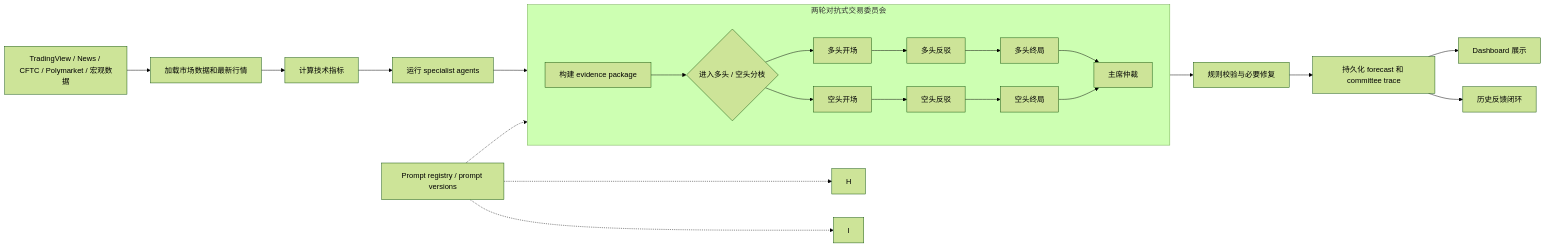
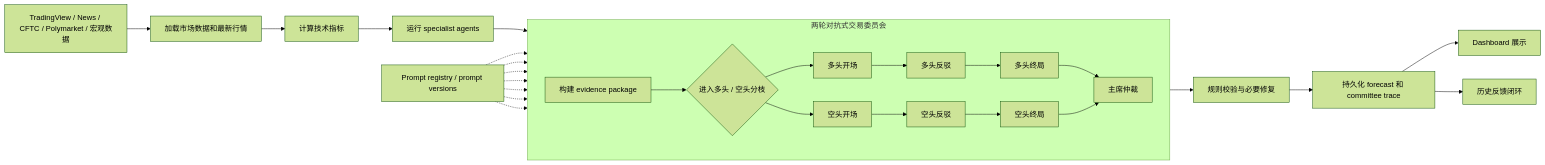
The diagram in README.zh-CN.md (michael-chow-arch/goldfxgraph), drawn with Mermaid (forest theme) before and after one commit. The commit also changed 1 other file, not shown here.

Commit message:
docs: clarify prompt registry workflow links

````diff
--- a/README.zh-CN.md
+++ b/README.zh-CN.md
@@ -106,28 +106,32 @@
 ```mermaid
 flowchart LR
   A[TradingView / News / CFTC / Polymarket / 宏观数据] --> B[加载市场数据和最新行情]
   B --> C[计算技术指标]
   C --> D[运行 specialist agents]
   D --> E[构建 evidence package]
   P[Prompt registry / prompt versions] -.-> G
-  P -.-> H
-  P -.-> I
+  P -.-> H1
+  P -.-> I1
+  P -.-> H2
+  P -.-> I2
+  P -.-> H3
+  P -.-> I3
 
   subgraph S[两轮对抗式交易委员会]
     direction LR
     E --> G{进入多头 / 空头分枝}
     G --> H1[多头开场]
     G --> I1[空头开场]
     H1 --> H2[多头反驳]
     I1 --> I2[空头反驳]
     H2 --> H3[多头终局]
     I2 --> I3[空头终局]
     H3 --> J[主席仲裁]
     I3 --> J
   end
 
   J --> K[规则校验与必要修复]
   K --> L[持久化 forecast 和 committee trace]
   L --> M[Dashboard 展示]
   L --> N[历史反馈闭环]
 ```
````
